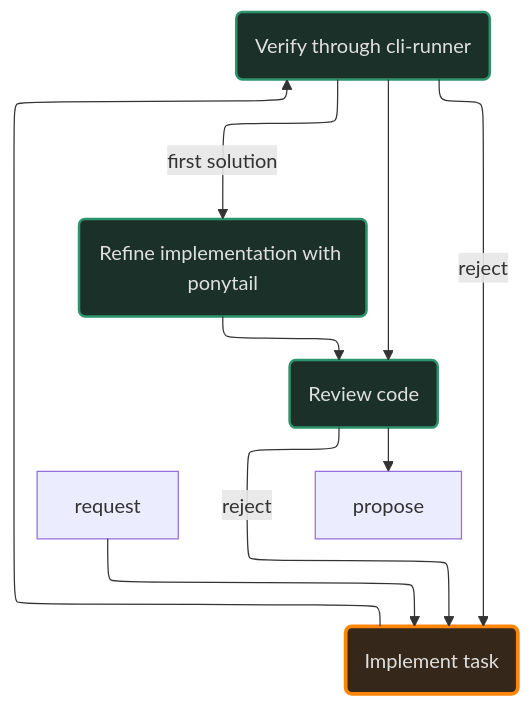
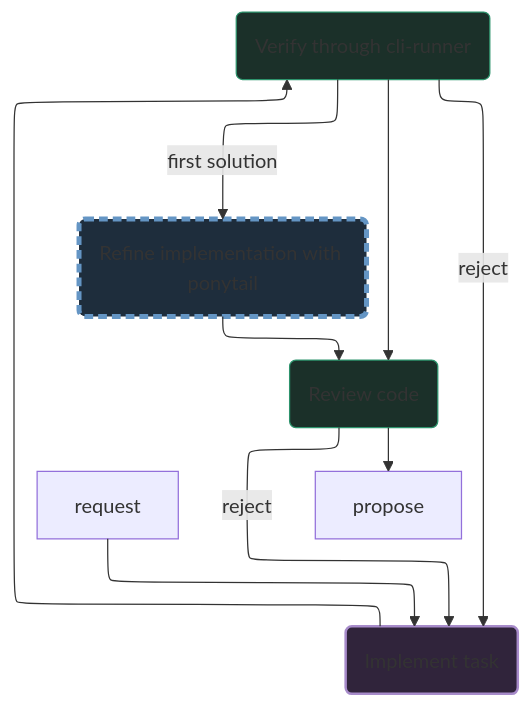
Before and after one commit to goatfryed/harness-harness: the diagram in .opencode/agents/coding/programmer.md, drawn with Mermaid. The commit also changed 18 other files, not shown here.

Commit message:
feat: introduce objective flow

````diff
--- a/.opencode/agents/coding/programmer.md
+++ b/.opencode/agents/coding/programmer.md
@@ -10,22 +10,19 @@
 ```mermaid
 ---
 config:
     layout: elk
 ---
 flowchart TB
-    request --> implement
-    implement(Implement task):::primary_agent --> verify
-    verify(Verify through cli-runner):::sub_agent --> review
+    request:::state --> implement
+    implement(Implement task):::current_agent --> verify
+    verify(Verify through cli-runner):::subagent_utility --> review
     verify -->|first solution| refine
     verify -->|reject| implement
-    refine(Refine implementation with ponytail):::sub_agent --> review
-    review(Review code):::sub_agent --> propose
+    refine(Refine implementation with ponytail):::subagent_process --> review
+    review(Review code):::subagent_utility --> propose:::state
     review --> |reject| implement
 
-    classDef requester fill:#301B22,stroke:#B83A48,stroke-width:4px,color:#E0E0E0
-    classDef primary_agent fill:#352719,stroke:#FF850A,stroke-width:3px,color:#E0E0E0
-    classDef sub_agent fill:#1B3029,stroke:#2D936C,stroke-width:2px,color:#E0E0E0
-    classDef collaborative_step fill:#261D16,stroke:#C99052,color:#E0E0E0
-    classDef autonomous_step fill:#17251F,stroke:#68A88D,color:#E0E0E0
-    classDef subprocess stroke-width:4px,stroke-dasharray:7 4
+    classDef current_agent fill:#30243B,stroke:#A78BCA,stroke-width:2px
+    classDef subagent_process fill:#1E2D3C,stroke:#6495C4,stroke-width:4px,stroke-dasharray:7 4
+    classDef subagent_utility fill:#1B3029,stroke:#2D936C
 ```
````
